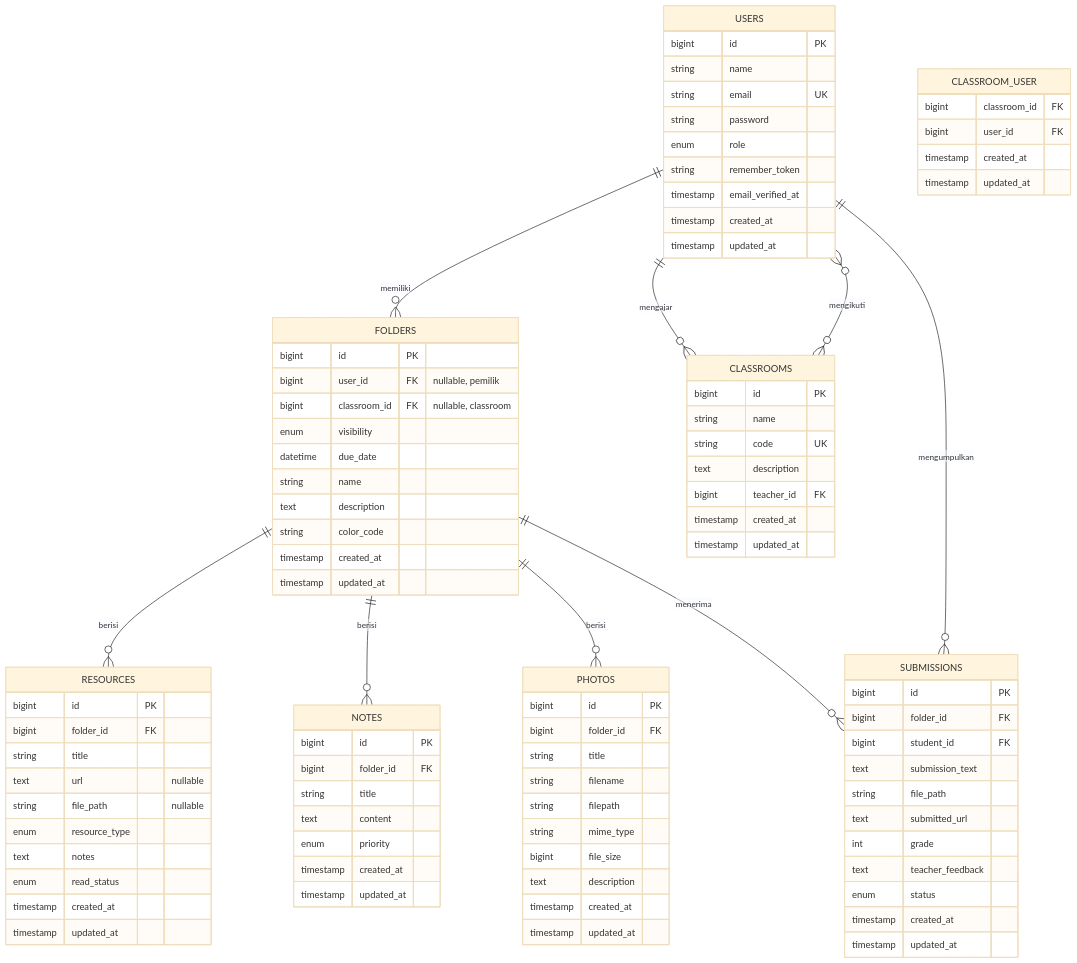
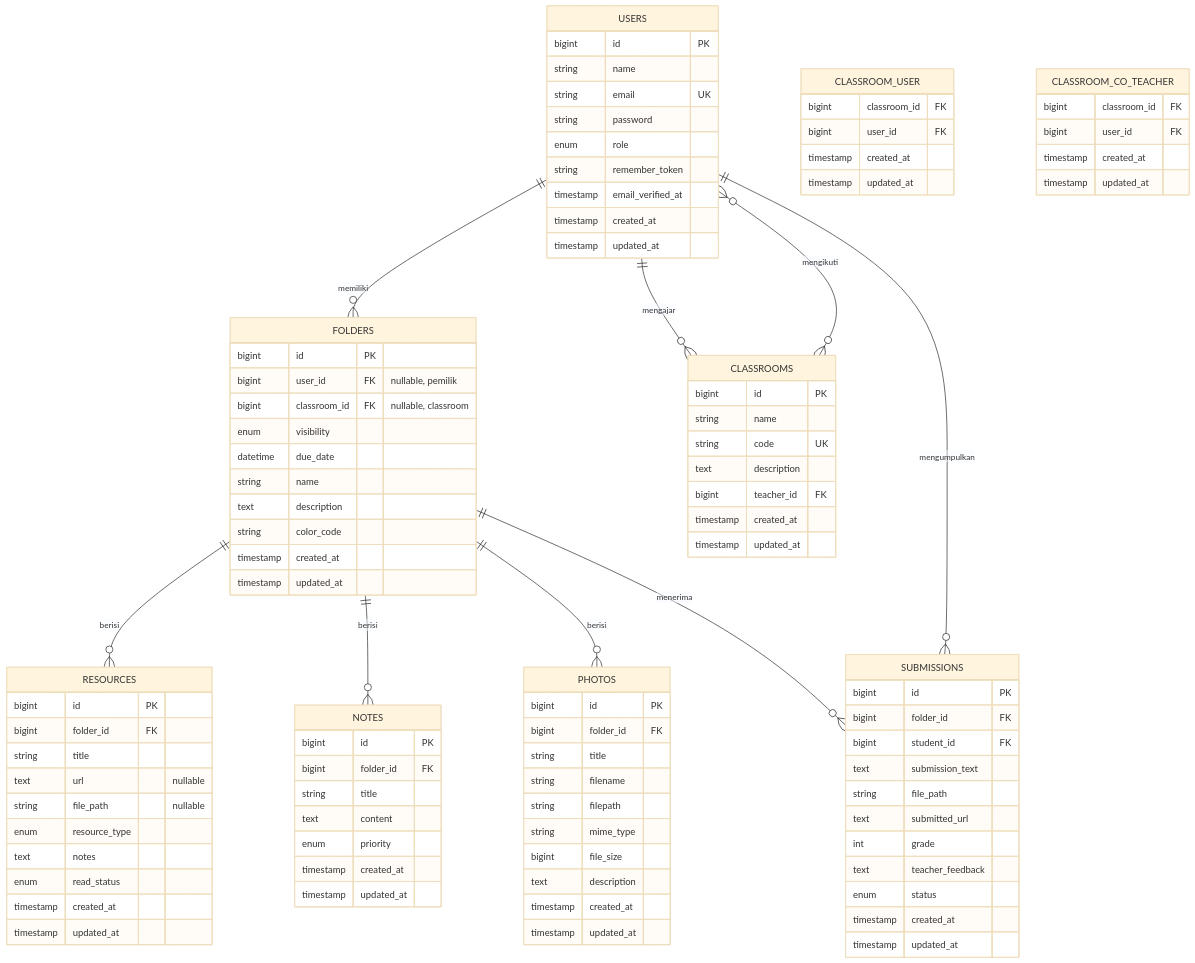
The eighth of 8 diagrams in docs/PRD.md (XWAYLAND/TataKelas), drawn with Mermaid (base theme) before and after one commit. The commit also changed other lines of this file and 19 other files, not shown here.

Commit message:
Add classroom co-teacher collaboration

```diff
--- a/docs/PRD.md
+++ b/docs/PRD.md
@@ -810,6 +816,13 @@
         timestamp updated_at
     }
 
+    CLASSROOM_CO_TEACHER {
+        bigint classroom_id FK
+        bigint user_id FK
+        timestamp created_at
+        timestamp updated_at
+    }
+
     SUBMISSIONS {
         bigint id PK
         bigint folder_id FK
```
